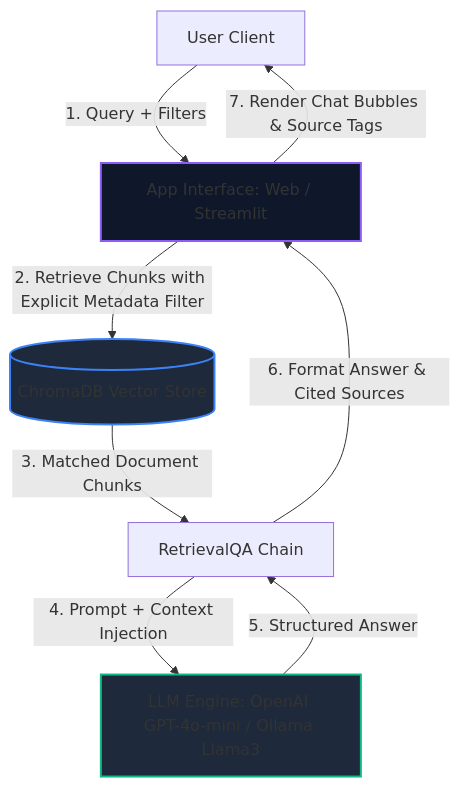
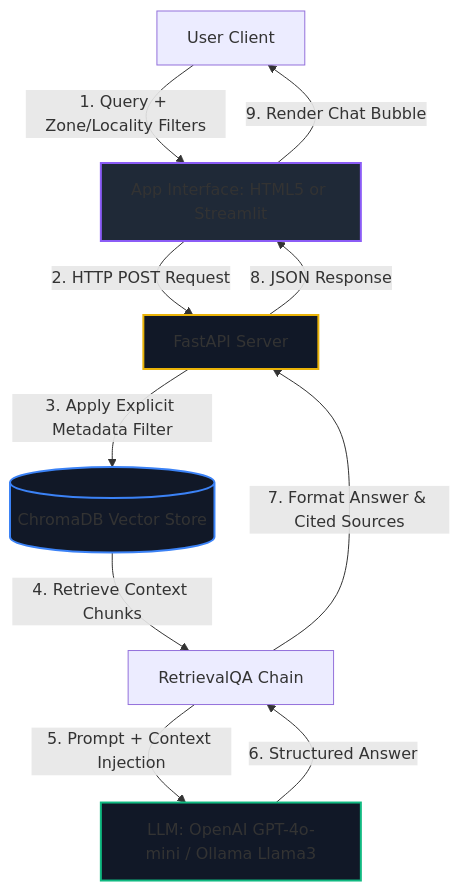
One commit to Mrpatil15/RAG-Project changed the diagram in README.md. Above: the diagram before and after it, drawn with Mermaid. The commit also changed other lines of this file, not shown here.

````diff
--- a/README.md
+++ b/README.md
@@ -36,14 +47,17 @@
 ```mermaid
 graph TD
-    User[User Client] -->|1. Query + Filters| UI[App Interface: Web / Streamlit]
-    UI -->|2. Retrieve Chunks with Explicit Metadata Filter| DB[(ChromaDB Vector Store)]
-    DB -->|3. Matched Document Chunks| Chain[RetrievalQA Chain]
-    Chain -->|4. Prompt + Context Injection| LLM[LLM Engine: OpenAI GPT-4o-mini / Ollama Llama3]
-    LLM -->|5. Structured Answer| Chain
-    Chain -->|6. Format Answer & Cited Sources| UI
-    UI -->|7. Render Chat Bubbles & Source Tags| User
+    User[User Client] -->|1. Query + Zone/Locality Filters| UI[App Interface: HTML5 or Streamlit]
+    UI -->|2. HTTP POST Request| API[FastAPI Server]
+    API -->|3. Apply Explicit Metadata Filter| DB[(ChromaDB Vector Store)]
+    DB -->|4. Retrieve Context Chunks| Chain[RetrievalQA Chain]
+    Chain -->|5. Prompt + Context Injection| LLM[LLM: OpenAI GPT-4o-mini / Ollama Llama3]
+    LLM -->|6. Structured Answer| Chain
+    Chain -->|7. Format Answer & Cited Sources| API
+    API -->|8. JSON Response| UI
+    UI -->|9. Render Chat Bubble| User
 
-    style DB fill:#1e293b,stroke:#3b82f6,stroke-width:2px;
-    style LLM fill:#1e293b,stroke:#10b981,stroke-width:2px;
-    style UI fill:#0f172a,stroke:#8b5cf6,stroke-width:2px;
+    style DB fill:#111827,stroke:#3b82f6,stroke-width:2px;
+    style LLM fill:#111827,stroke:#10b981,stroke-width:2px;
+    style UI fill:#1f2937,stroke:#8b5cf6,stroke-width:2px;
+    style API fill:#111827,stroke:#eab308,stroke-width:2px;
 ```
````
